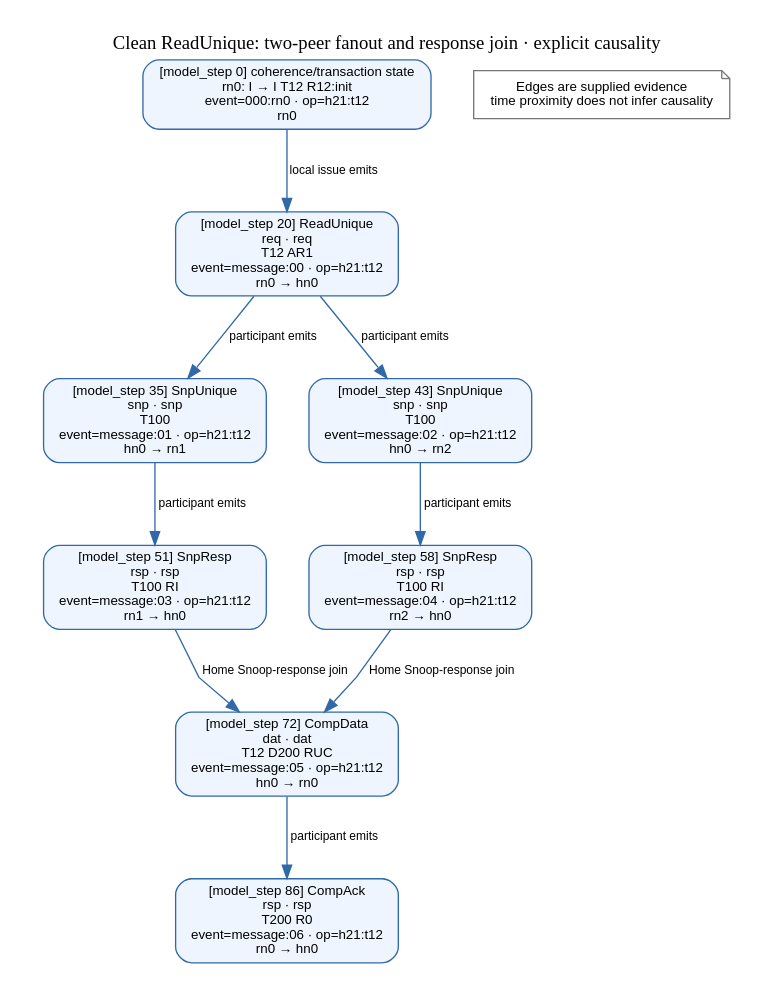
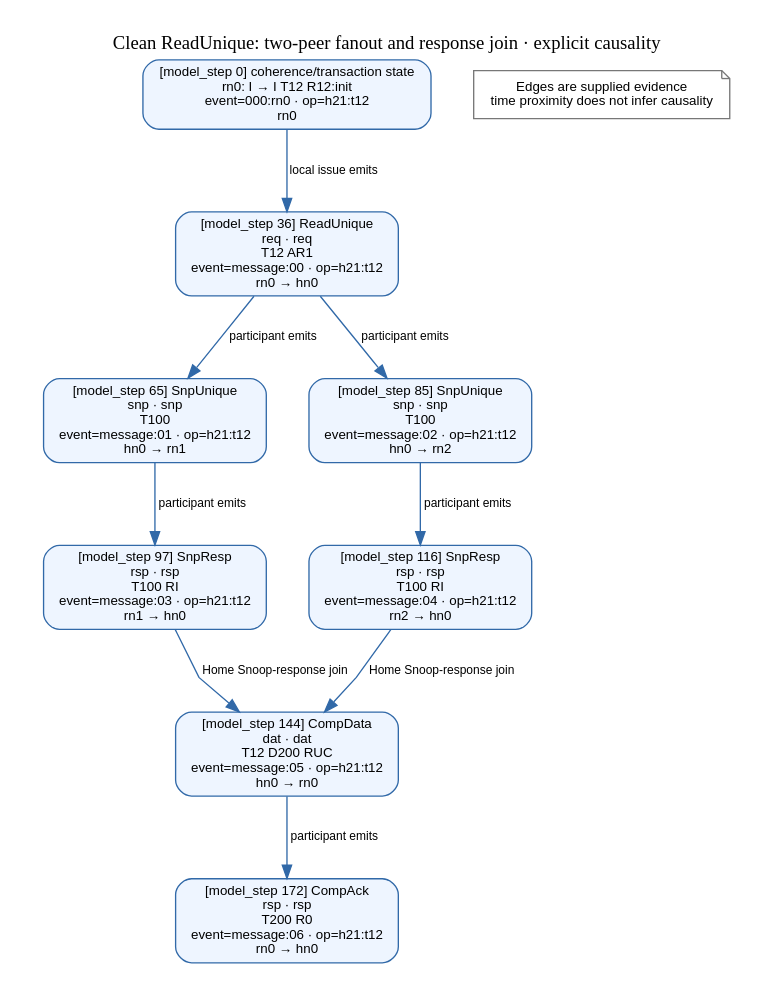
The diagram in showcase/generated/chi/issue-h-flow-gallery/sources/cases/clean-read-unique-fanout/causal.dot (WhiteDeerPro/PROTOCOL_MODEL), drawn with Graphviz before and after one commit. The commit also changed 74 other files, not shown here.

Commit message:
Route CHI flow witnesses through explicit XP

```diff
--- a/showcase/generated/chi/issue-h-flow-gallery/sources/cases/clean-read-unique-fanout/causal.dot
+++ b/showcase/generated/chi/issue-h-flow-gallery/sources/cases/clean-read-unique-fanout/causal.dot
@@ -1,25 +1,25 @@
 digraph transaction_causality {
   rankdir=TB;
   label="Clean ReadUnique: two-peer fanout and response join · explicit causality";
   labelloc="t";
   graph [bgcolor="white", nodesep=0.45, ranksep=0.72, splines=polyline, pad=0.2];
   node [shape=box, style="rounded,filled", fillcolor="#eef5ff", color="#3169a8", fontname="sans-serif", fontsize=10];
   edge [color="#3169a8", fontname="sans-serif", fontsize=9];
   event_0 [label="[model_step 0] coherence/transaction state\nrn0: I → I T12 R12:init\nevent=000:rn0 · op=h21:t12\nrn0"];
-  event_1 [label="[model_step 20] ReadUnique\nreq · req\nT12 AR1\nevent=message:00 · op=h21:t12\nrn0 → hn0"];
-  event_2 [label="[model_step 35] SnpUnique\nsnp · snp\nT100\nevent=message:01 · op=h21:t12\nhn0 → rn1"];
-  event_3 [label="[model_step 43] SnpUnique\nsnp · snp\nT100\nevent=message:02 · op=h21:t12\nhn0 → rn2"];
-  event_4 [label="[model_step 51] SnpResp\nrsp · rsp\nT100 RI\nevent=message:03 · op=h21:t12\nrn1 → hn0"];
-  event_5 [label="[model_step 58] SnpResp\nrsp · rsp\nT100 RI\nevent=message:04 · op=h21:t12\nrn2 → hn0"];
-  event_6 [label="[model_step 72] CompData\ndat · dat\nT12 D200 RUC\nevent=message:05 · op=h21:t12\nhn0 → rn0"];
-  event_7 [label="[model_step 86] CompAck\nrsp · rsp\nT200 R0\nevent=message:06 · op=h21:t12\nrn0 → hn0"];
+  event_1 [label="[model_step 36] ReadUnique\nreq · req\nT12 AR1\nevent=message:00 · op=h21:t12\nrn0 → hn0"];
+  event_2 [label="[model_step 65] SnpUnique\nsnp · snp\nT100\nevent=message:01 · op=h21:t12\nhn0 → rn1"];
+  event_3 [label="[model_step 85] SnpUnique\nsnp · snp\nT100\nevent=message:02 · op=h21:t12\nhn0 → rn2"];
+  event_4 [label="[model_step 97] SnpResp\nrsp · rsp\nT100 RI\nevent=message:03 · op=h21:t12\nrn1 → hn0"];
+  event_5 [label="[model_step 116] SnpResp\nrsp · rsp\nT100 RI\nevent=message:04 · op=h21:t12\nrn2 → hn0"];
+  event_6 [label="[model_step 144] CompData\ndat · dat\nT12 D200 RUC\nevent=message:05 · op=h21:t12\nhn0 → rn0"];
+  event_7 [label="[model_step 172] CompAck\nrsp · rsp\nT200 R0\nevent=message:06 · op=h21:t12\nrn0 → hn0"];
   event_0 -> event_1 [label="local issue emits"];
   event_1 -> event_2 [label="participant emits"];
   event_1 -> event_3 [label="participant emits"];
   event_2 -> event_4 [label="participant emits"];
   event_3 -> event_5 [label="participant emits"];
   event_5 -> event_6 [label="Home Snoop-response join"];
   event_6 -> event_7 [label="participant emits"];
   event_4 -> event_6 [label="Home Snoop-response join"];
   boundary [shape=note, fillcolor="white", color="#777777", label="Edges are supplied evidence\ntime proximity does not infer causality"];
 }
```
